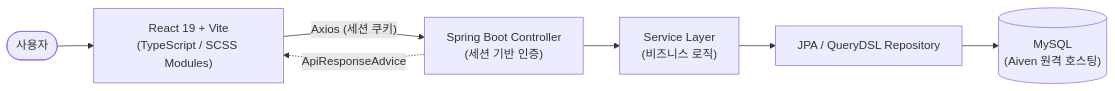
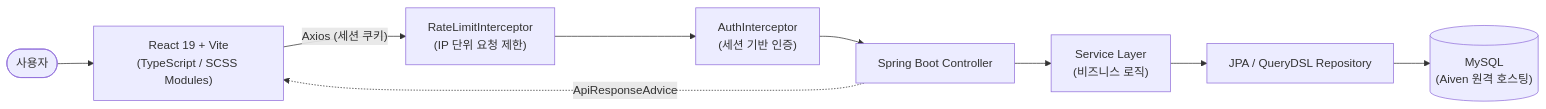
Before and after one commit to kimjiseung97/stockNews: the first of 3 diagrams in README.md, drawn with Mermaid. The commit also changed other lines of this file and 21 other files, not shown here.

````diff
--- a/README.md
+++ b/README.md
@@ -7,9 +7,11 @@
 ```mermaid
 flowchart LR
     User(["사용자"]) --> React["React 19 + Vite<br/>(TypeScript / SCSS Modules)"]
-    React -- "Axios (세션 쿠키)" --> Controller["Spring Boot Controller<br/>(세션 기반 인증)"]
+    React -- "Axios (세션 쿠키)" --> RateLimit["RateLimitInterceptor<br/>(IP 단위 요청 제한)"]
+    RateLimit --> Auth["AuthInterceptor<br/>(세션 기반 인증)"]
+    Auth --> Controller["Spring Boot Controller"]
     Controller --> Service["Service Layer<br/>(비즈니스 로직)"]
     Service --> Repo["JPA / QueryDSL Repository"]
     Repo --> MySQL[("MySQL<br/>(Aiven 원격 호스팅)")]
     Controller -. "ApiResponseAdvice" .-> React
 ```
````
